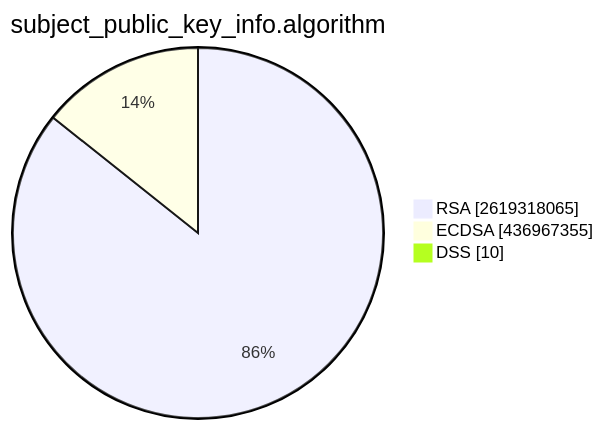
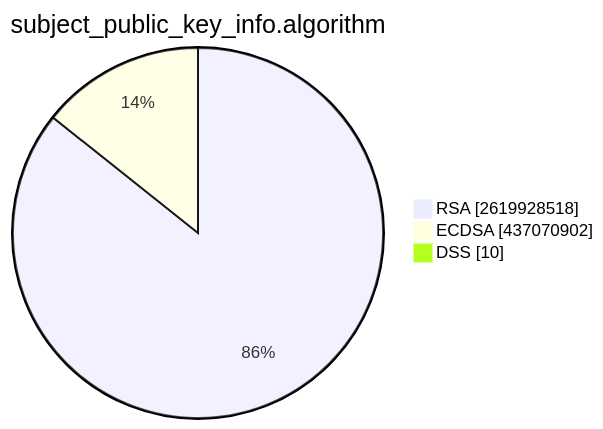
The second of 15 diagrams in TOTAL/README.md (christiankrug/ctmonitor_visualization), drawn with Mermaid before and after one commit. The commit also changed other lines of this file, not shown here.

````diff
--- a/TOTAL/README.md
+++ b/TOTAL/README.md
@@ -6,7 +6,7 @@
 ```mermaid
 pie showData
 title subject_public_key_info.algorithm
-"RSA" :2619318065
-"ECDSA" :436967355
+"RSA" :2619928518
+"ECDSA" :437070902
 "DSS" :10
 ```
````
